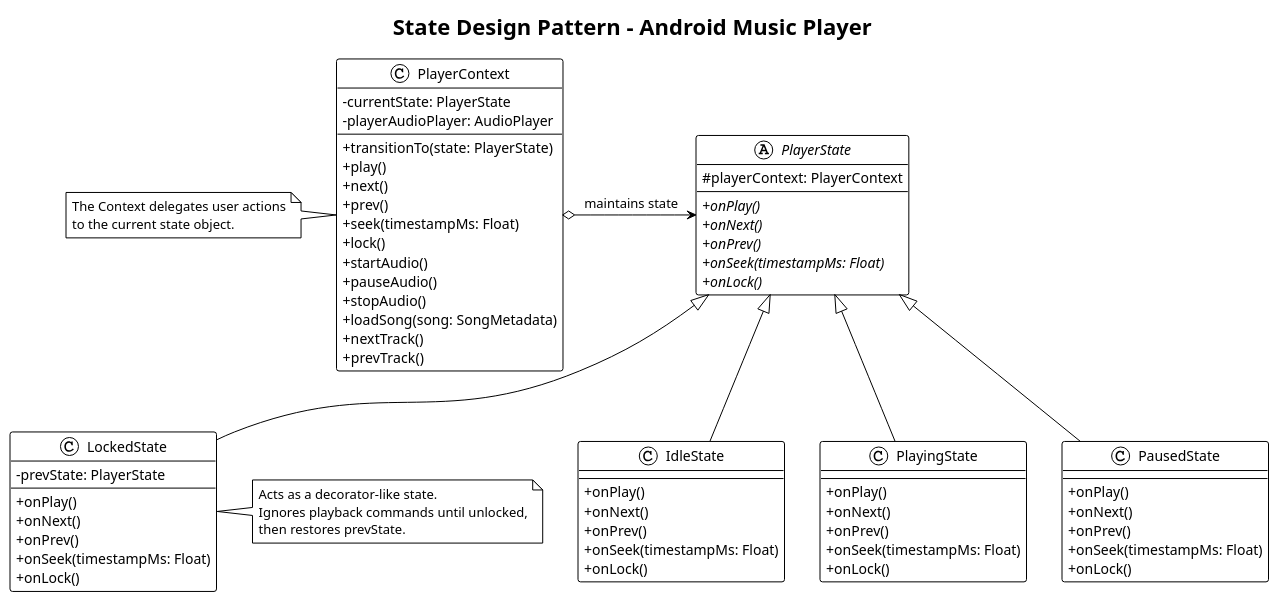
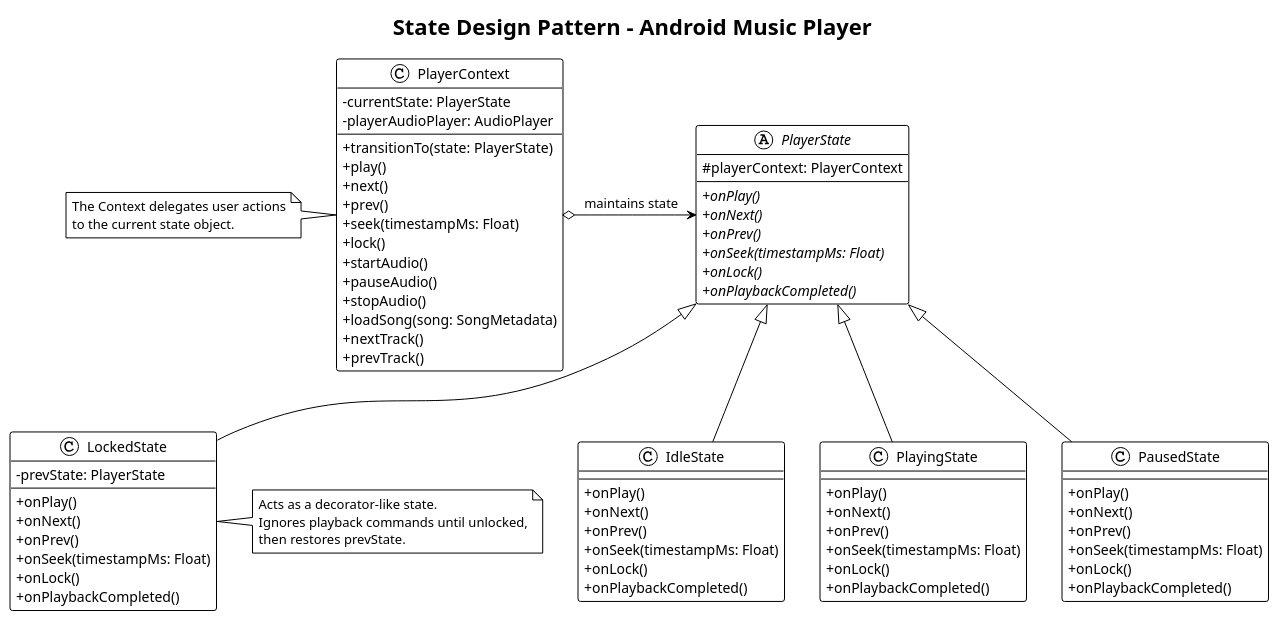
Before and after one commit to SAPAAAA/statepatterndemo_musicplayer: the diagram in demo.puml, drawn with PlantUML.

Commit message:
feat: add onPlaybackCompleted method to state classes

```diff
--- a/demo.puml
+++ b/demo.puml
@@ -1,83 +1,88 @@
 @startuml
 !theme plain
 skinparam classAttributeIconSize 0
 
 title State Design Pattern - Android Music Player
 
 class PlayerContext {
   - currentState: PlayerState
   - playerAudioPlayer: AudioPlayer
   + transitionTo(state: PlayerState)
   + play()
   + next()
   + prev()
   + seek(timestampMs: Float)
   + lock()
   + startAudio()
   + pauseAudio()
   + stopAudio()
   + loadSong(song: SongMetadata)
   + nextTrack()
   + prevTrack()
 }
 
 abstract class PlayerState {
   # playerContext: PlayerContext
   + {abstract} onPlay()
   + {abstract} onNext()
   + {abstract} onPrev()
   + {abstract} onSeek(timestampMs: Float)
   + {abstract} onLock()
+  + {abstract} onPlaybackCompleted()
 }
 
 class IdleState {
   + onPlay()
   + onNext()
   + onPrev()
   + onSeek(timestampMs: Float)
   + onLock()
+  + onPlaybackCompleted()
 }
 
 class PlayingState {
   + onPlay()
   + onNext()
   + onPrev()
   + onSeek(timestampMs: Float)
   + onLock()
+  + onPlaybackCompleted()
 }
 
 class PausedState {
   + onPlay()
   + onNext()
   + onPrev()
   + onSeek(timestampMs: Float)
   + onLock()
+  + onPlaybackCompleted()
 }
 
 class LockedState {
   - prevState: PlayerState
   + onPlay()
   + onNext()
   + onPrev()
   + onSeek(timestampMs: Float)
   + onLock()
+  + onPlaybackCompleted()
 }
 
 note left of PlayerContext
   The Context delegates user actions
   to the current state object.
 end note
 
 note right of LockedState
   Acts as a decorator-like state.
   Ignores playback commands until unlocked,
   then restores prevState.
 end note
 
 PlayerContext o-> PlayerState : " maintains state"
 PlayerState <|-- IdleState
 PlayerState <|-- PlayingState
 PlayerState <|-- PausedState
 PlayerState <|-- LockedState
 
 @enduml
```
